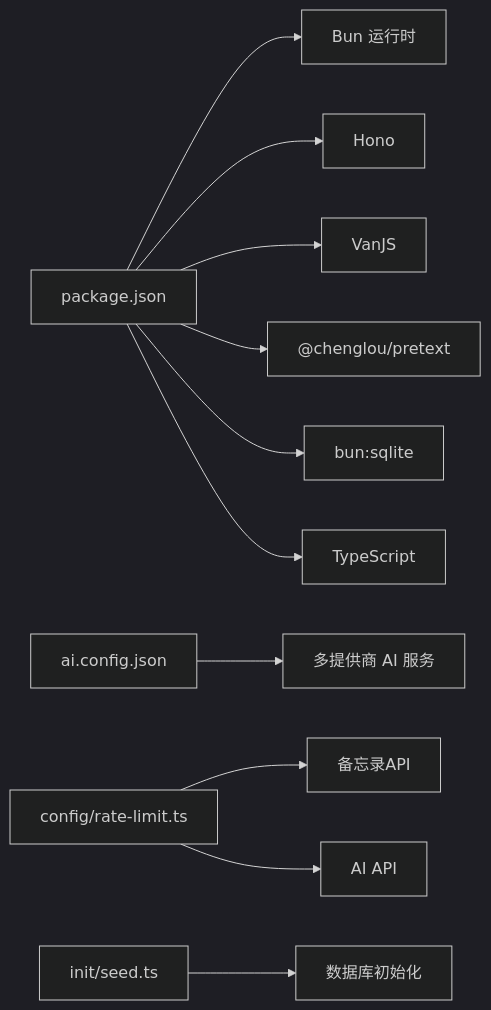
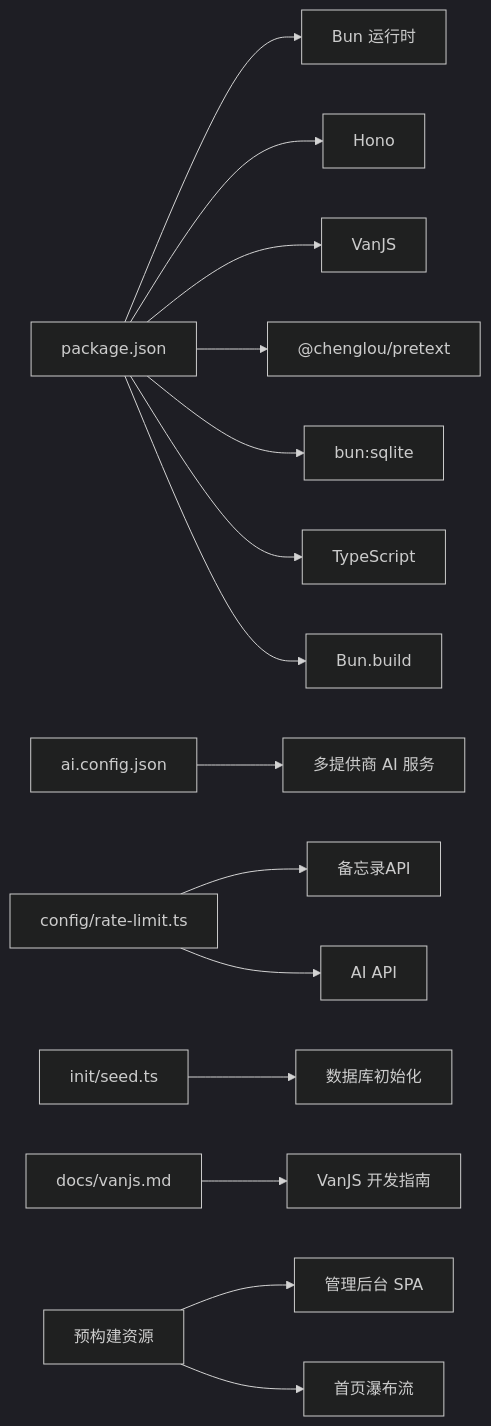
Before and after one commit to BlackBoxRecorder/memos: diagram 13 of 13 in .qoder/repowiki/zh/content/开发指南/开发指南.md, drawn with Mermaid (dark theme). The commit also changed other lines of this file and 10 other files, not shown here.

````diff
--- a/.qoder/repowiki/zh/content/开发指南/开发指南.md
+++ b/.qoder/repowiki/zh/content/开发指南/开发指南.md
@@ -461,13 +550,17 @@
 ```mermaid
 graph LR
 P["package.json"] --> Bun["Bun 运行时"]
 P --> Hono["Hono"]
 P --> Van["VanJS"]
 P --> Pretext["@chenglou/pretext"]
 P --> Sqlite["bun:sqlite"]
 P --> Typescript["TypeScript"]
+P --> Build["Bun.build"]
 CFG["ai.config.json"] --> Providers["多提供商 AI 服务"]
 RL["config/rate-limit.ts"] --> MemosAPI["备忘录API"]
 RL --> AIAPI["AI API"]
 SD["init/seed.ts"] --> DB["数据库初始化"]
+VANJS["docs/vanjs.md"] --> DevGuide["VanJS 开发指南"]
+BUILD["预构建资源"] --> Admin["管理后台 SPA"]
+BUILD --> Masonry["首页瀑布流"]
 ```
````
